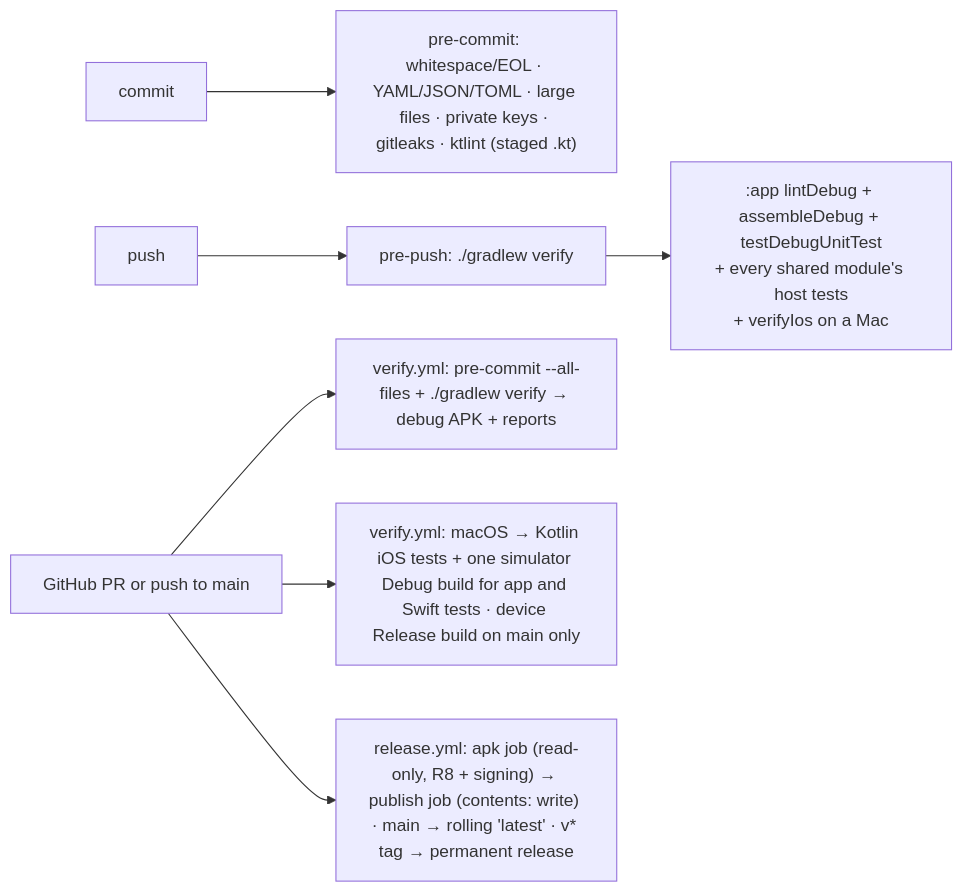
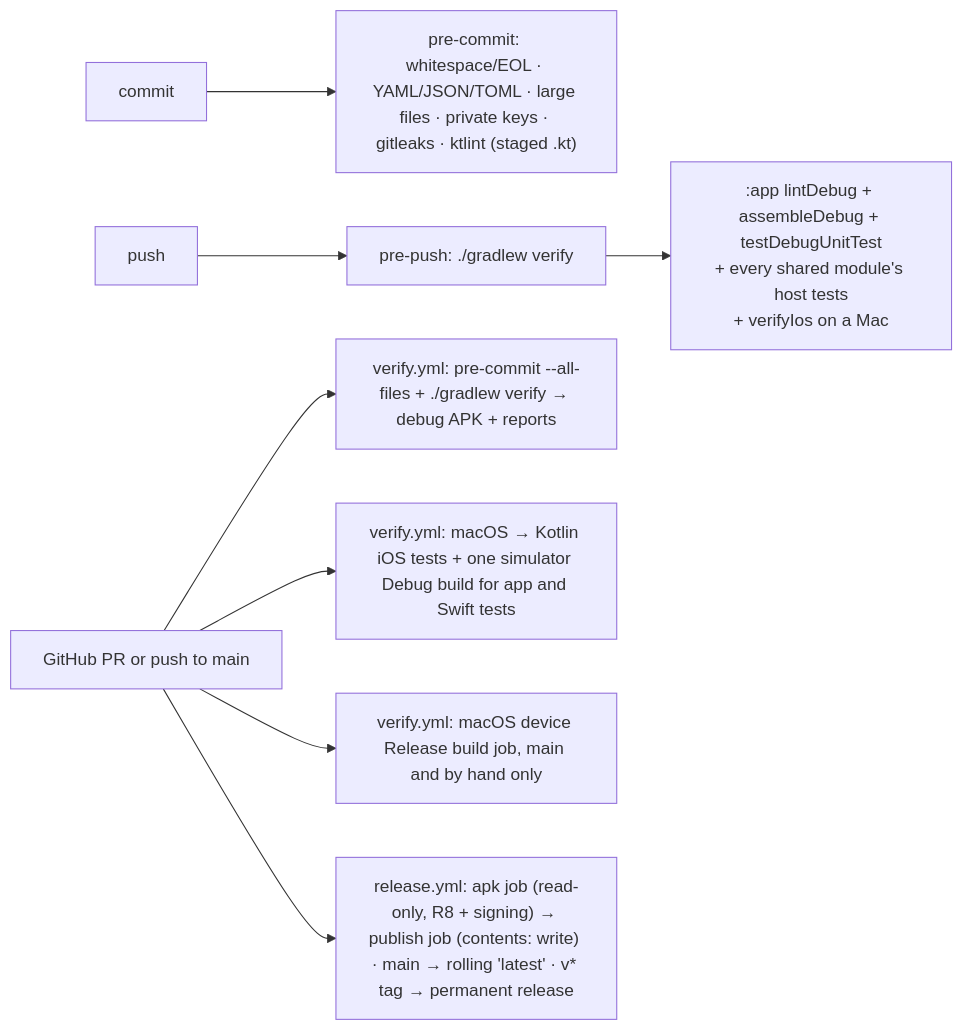
Before and after one commit to walkthru-earth/opensensor-space-mobile: the diagram in docs/build-and-release.md, drawn with Mermaid. The commit also changed other lines of this file and 7 other files, not shown here.

First line of the commit message:
Run the firmware templates test in CI and split the iOS device Release build (#290)

````diff
--- a/docs/build-and-release.md
+++ b/docs/build-and-release.md
@@ -9,9 +9,10 @@
 ```mermaid
 flowchart LR
   C[commit] --> H["pre-commit: whitespace/EOL · YAML/JSON/TOML · large files · private keys · gitleaks · ktlint (staged .kt)"]
   P[push] --> V["pre-push: ./gradlew verify"]
   V --> T[":app lintDebug + assembleDebug + testDebugUnitTest<br/>+ every shared module's host tests<br/>+ verifyIos on a Mac"]
   GH[GitHub PR or push to main] --> W["verify.yml: pre-commit --all-files + ./gradlew verify → debug APK + reports"]
-  GH --> I["verify.yml: macOS → Kotlin iOS tests + one simulator Debug build for app and Swift tests · device Release build on main only"]
+  GH --> I["verify.yml: macOS → Kotlin iOS tests + one simulator Debug build for app and Swift tests"]
+  GH --> D["verify.yml: macOS device Release build job, main and by hand only"]
   GH --> R["release.yml: apk job (read-only, R8 + signing) → publish job (contents: write) · main → rolling 'latest' · v* tag → permanent release"]
 ```
````
